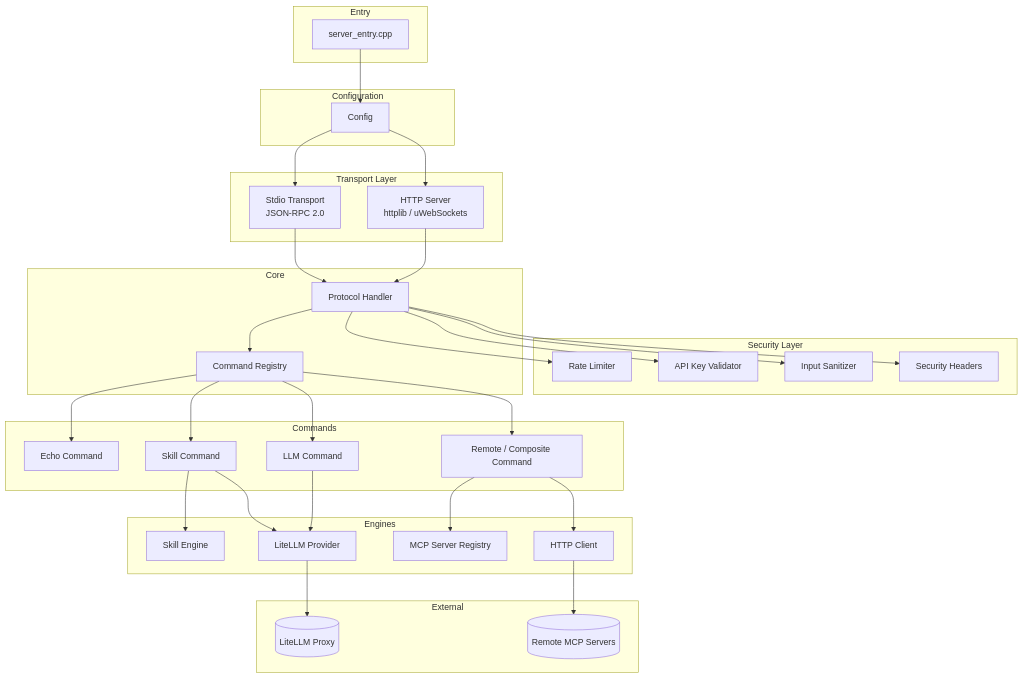
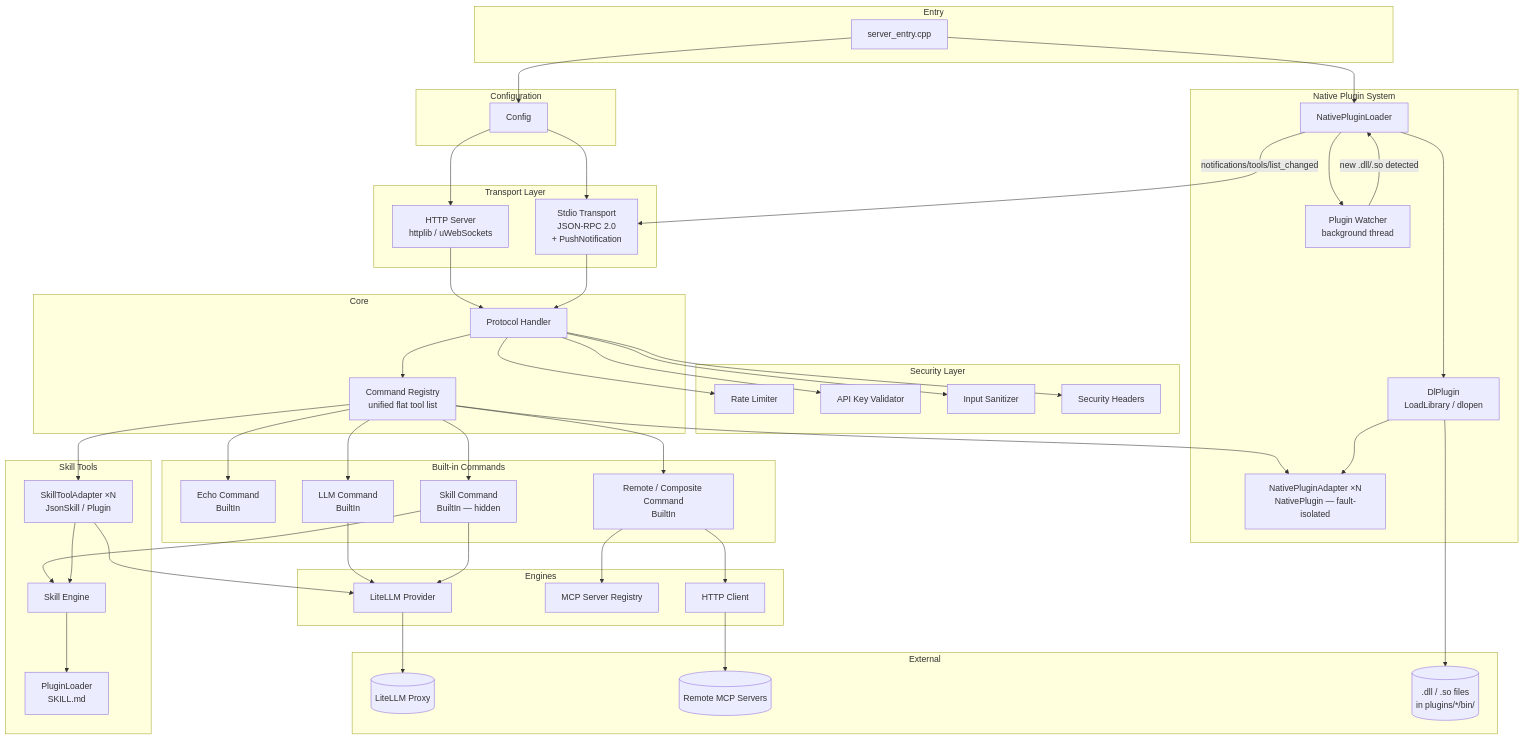
The first of 3 diagrams in README.md (RockyRocks/MCP_Open), drawn with Mermaid before and after one commit. The commit also changed other lines of this file, not shown here.

Commit message:
Updating the MCP Readme with new changes done for dynamic plugin loading.

```diff
--- a/README.md
+++ b/README.md
@@ -90,7 +90,7 @@
 
     subgraph Transport Layer
         HTTP[HTTP Server<br/>httplib / uWebSockets]
-        STDIO[Stdio Transport<br/>JSON-RPC 2.0]
+        STDIO[Stdio Transport<br/>JSON-RPC 2.0<br/>+ PushNotification]
     end
 
     subgraph Security Layer
@@ -102,18 +102,30 @@
 
     subgraph Core
         PH[Protocol Handler]
-        CR[Command Registry]
+        CR[Command Registry<br/>unified flat tool list]
     end
 
-    subgraph Commands
-        ECHO[Echo Command]
-        LLM_CMD[LLM Command]
-        SKILL_CMD[Skill Command]
-        REMOTE_CMD[Remote / Composite Command]
+    subgraph Built-in Commands
+        ECHO[Echo Command<br/>BuiltIn]
+        LLM_CMD[LLM Command<br/>BuiltIn]
+        REMOTE_CMD[Remote / Composite Command<br/>BuiltIn]
+        SKILL_CMD[Skill Command<br/>BuiltIn — hidden]
+    end
+
+    subgraph Skill Tools
+        STA[SkillToolAdapter ×N<br/>JsonSkill / Plugin]
+        SE[Skill Engine]
+        PL[PluginLoader<br/>SKILL.md]
+    end
+
+    subgraph Native Plugin System
+        NPL[NativePluginLoader]
+        WATCH[Plugin Watcher<br/>background thread]
+        DLP[DlPlugin<br/>LoadLibrary / dlopen]
+        NPA[NativePluginAdapter ×N<br/>NativePlugin — fault-isolated]
     end
 
     subgraph Engines
-        SE[Skill Engine]
         LP[LiteLLM Provider]
         MSR[MCP Server Registry]
         HC[HTTP Client]
@@ -122,9 +134,11 @@
     subgraph External
         LITELLM[(LiteLLM Proxy)]
         REMOTE_SRV[(Remote MCP Servers)]
+        PLUGIN_DL[(.dll / .so files<br/>in plugins/*/bin/)]
     end
 
     MAIN --> CFG
+    MAIN --> NPL
     CFG --> HTTP
     CFG --> STDIO
 
@@ -141,12 +155,24 @@
     CR --> LLM_CMD
     CR --> SKILL_CMD
     CR --> REMOTE_CMD
+    CR --> STA
+    CR --> NPA
 
     LLM_CMD --> LP
     SKILL_CMD --> SE
     SKILL_CMD --> LP
+    STA --> SE
+    STA --> LP
+    SE --> PL
     REMOTE_CMD --> MSR
     REMOTE_CMD --> HC
+
+    NPL --> DLP
+    NPL --> WATCH
+    DLP --> PLUGIN_DL
+    DLP --> NPA
+    WATCH -->|new .dll/.so detected| NPL
+    NPL -->|notifications/tools/list_changed| STDIO
 
     LP --> LITELLM
     HC --> REMOTE_SRV
```
